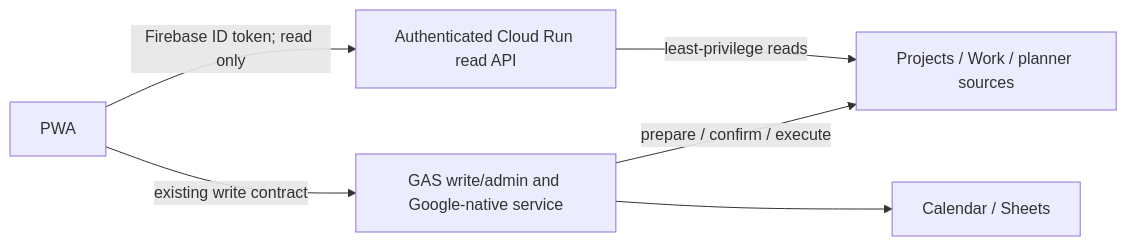
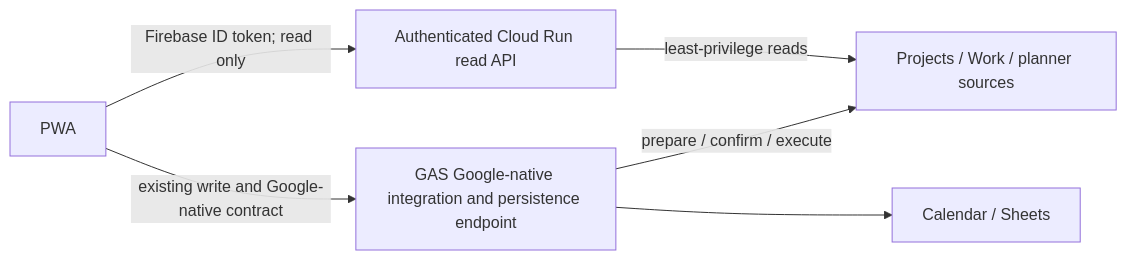
One commit to alleshokai-gif/paruru-mini changed the second of 3 diagrams in docs/ADR-003-paluru-read-transport-v2.md. Above: the diagram before and after it, drawn with Mermaid. The commit also changed other lines of this file and 13 other files, not shown here.

````diff
--- a/docs/ADR-003-paluru-read-transport-v2.md
+++ b/docs/ADR-003-paluru-read-transport-v2.md
@@ -83,14 +90,14 @@
 ```mermaid
 flowchart LR
   PWA[PWA]
   READ[Authenticated Cloud Run read API]
   SOURCE[Projects / Work / planner sources]
-  GAS[GAS write/admin and Google-native service]
+  GAS[GAS Google-native integration and persistence endpoint]
   GOOGLE[Calendar / Sheets]
 
   PWA -->|Firebase ID token; read only| READ
   READ -->|least-privilege reads| SOURCE
-  PWA -->|existing write contract| GAS
+  PWA -->|existing write and Google-native contract| GAS
   GAS --> GOOGLE
   GAS -->|prepare / confirm / execute| SOURCE
 ```
````
